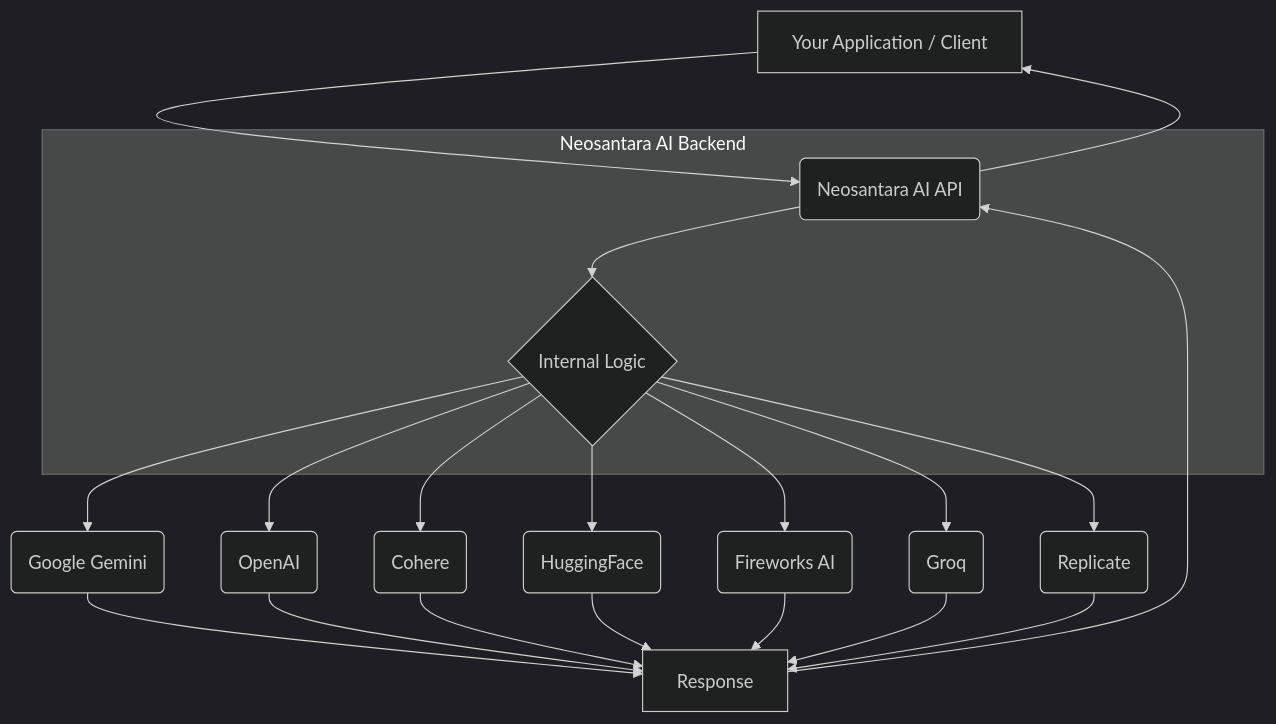
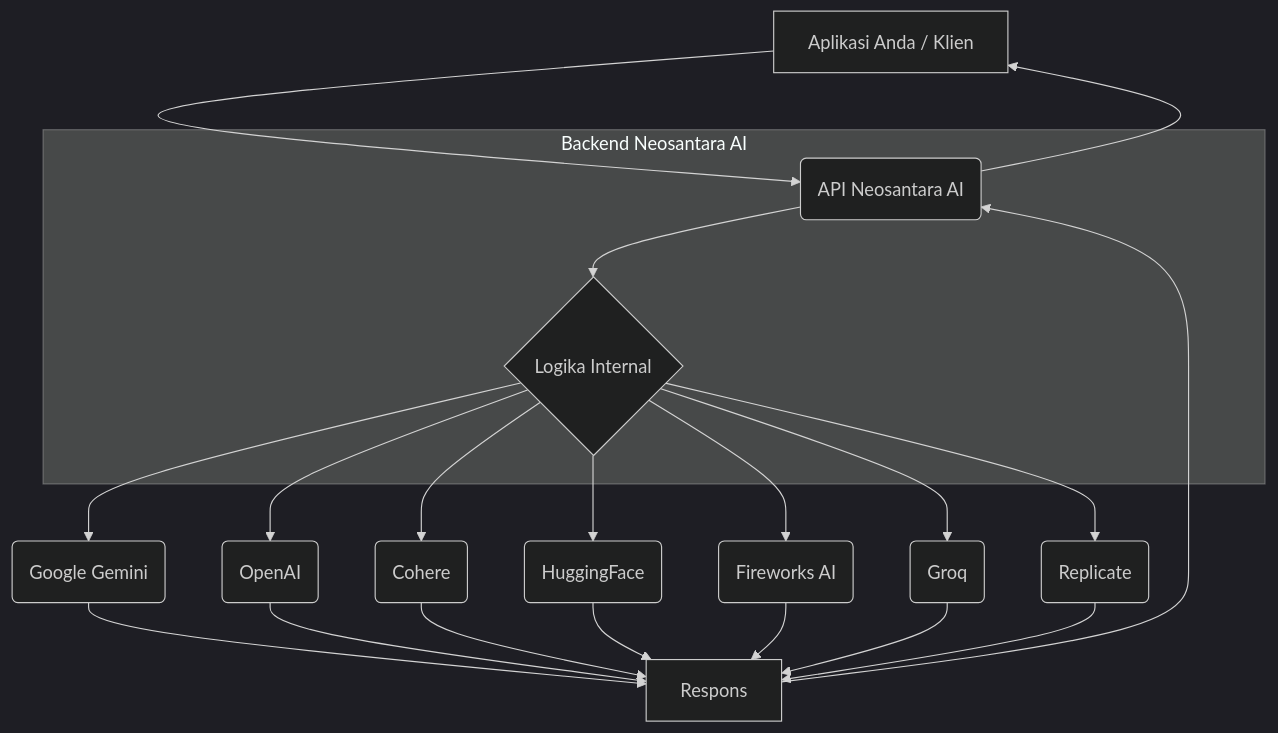
One commit to ErRickow/docs changed the diagram in id/about.mdx. Above: the diagram before and after it, drawn with Mermaid (dark theme). The commit also changed other lines of this file and 12 other files, not shown here.

````diff
--- a/id/about.mdx
+++ b/id/about.mdx
@@ -55,26 +55,26 @@
 ```mermaid
 graph TD
-   A[Your Application / Client] --> B(Neosantara AI API);
-   B --> C{Internal Logic};
+   A[Aplikasi Anda / Klien] --> B(API Neosantara AI);
+   B --> C{Logika Internal};
    C --> D1(Google Gemini);
    C --> D2(OpenAI);
    C --> D3(Cohere);
    C --> D4(HuggingFace);
    C --> D5(Fireworks AI);
    C --> D6(Groq);
    C --> D7(Replicate);
-   D1 --> F[Response];
+   D1 --> F[Respons];
    D2 --> F;
    D3 --> F;
    D4 --> F;
    D5 --> F;
    D6 --> F;
    D7 --> F;
    F --> B;
    B --> A;
 
-   subgraph Neosantara AI Backend
+   subgraph Backend Neosantara AI
        B
        C
    end
 ```
````
